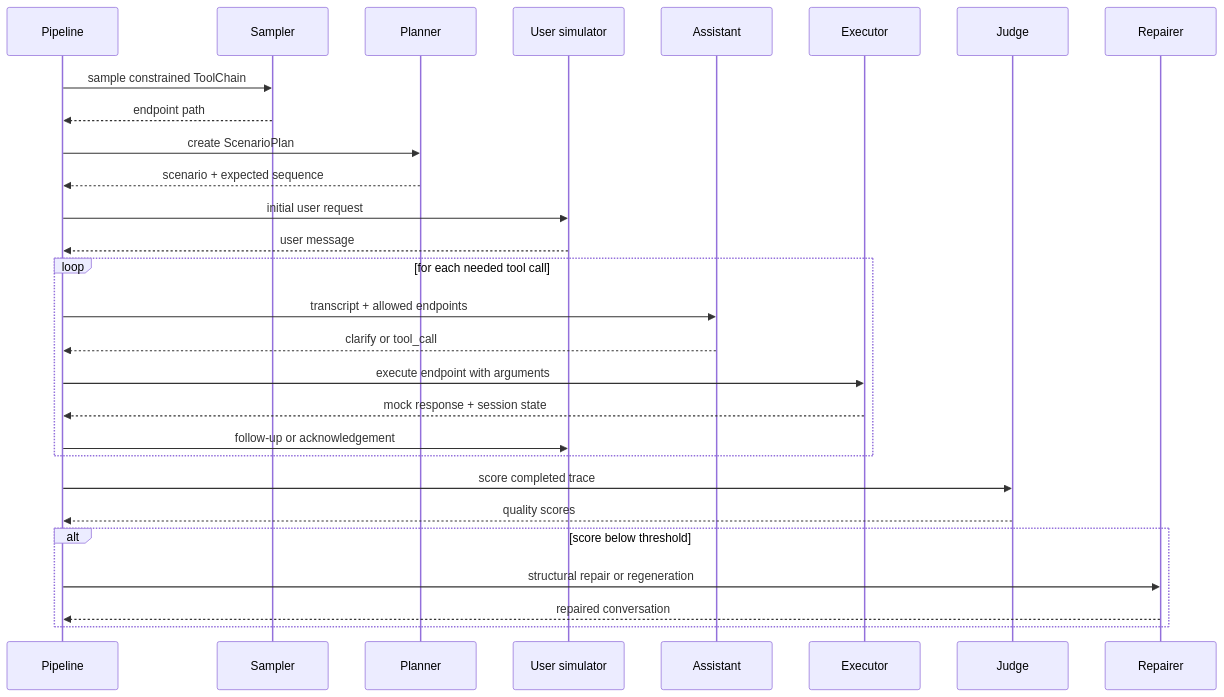
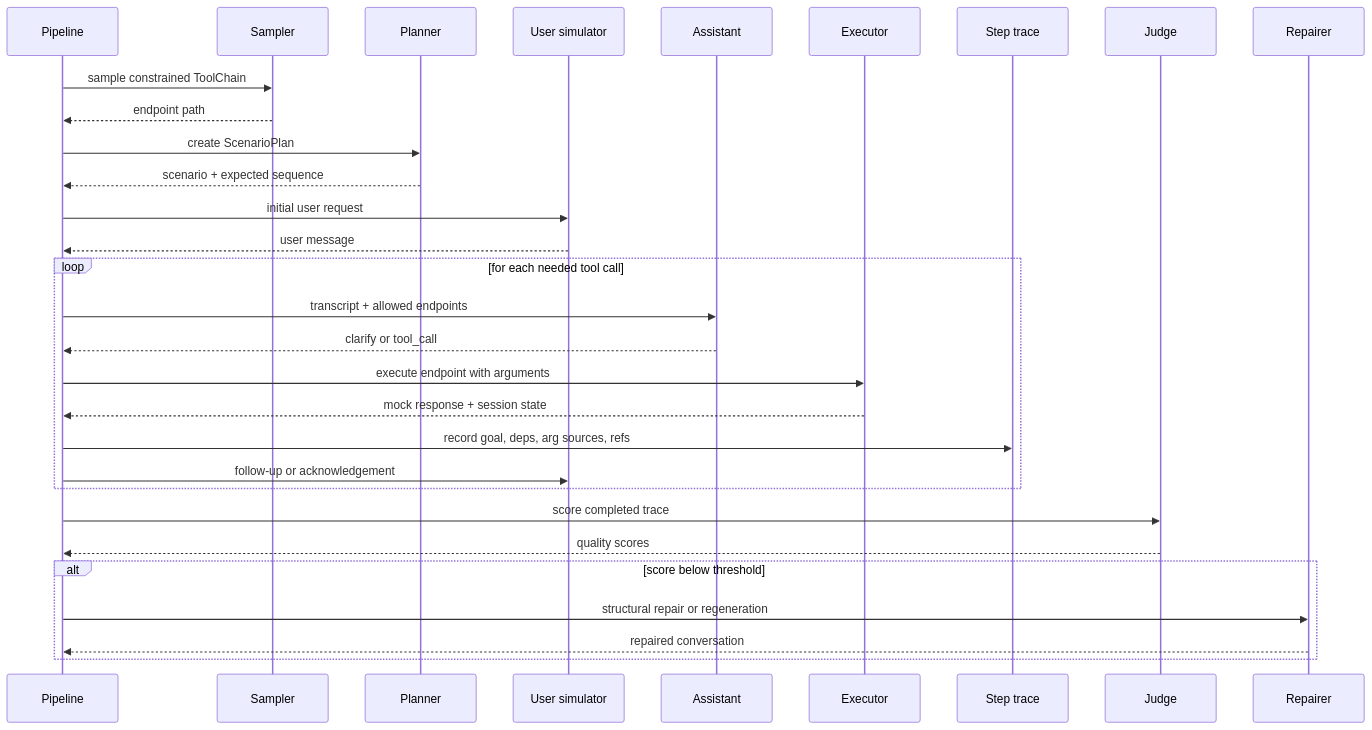
One commit to manastokale/sap_multiagent_tool changed the seventh of 14 diagrams in DESIGN.md. Above: the diagram before and after it, drawn with Mermaid. The commit also changed other lines of this file and 20 other files, not shown here.

````diff
--- a/DESIGN.md
+++ b/DESIGN.md
@@ -240,31 +270,33 @@
 ```mermaid
 sequenceDiagram
     participant Pipeline
     participant Sampler
     participant Planner
     participant UserSim as User simulator
     participant Assistant
     participant Executor
+    participant StepTrace as Step trace
     participant Judge
     participant Repairer
 
     Pipeline->>Sampler: sample constrained ToolChain
     Sampler-->>Pipeline: endpoint path
     Pipeline->>Planner: create ScenarioPlan
     Planner-->>Pipeline: scenario + expected sequence
     Pipeline->>UserSim: initial user request
     UserSim-->>Pipeline: user message
     loop for each needed tool call
         Pipeline->>Assistant: transcript + allowed endpoints
         Assistant-->>Pipeline: clarify or tool_call
         Pipeline->>Executor: execute endpoint with arguments
         Executor-->>Pipeline: mock response + session state
+        Pipeline->>StepTrace: record goal, deps, arg sources, refs
         Pipeline->>UserSim: follow-up or acknowledgement
     end
     Pipeline->>Judge: score completed trace
     Judge-->>Pipeline: quality scores
     alt score below threshold
         Pipeline->>Repairer: structural repair or regeneration
         Repairer-->>Pipeline: repaired conversation
     end
 ```
````
